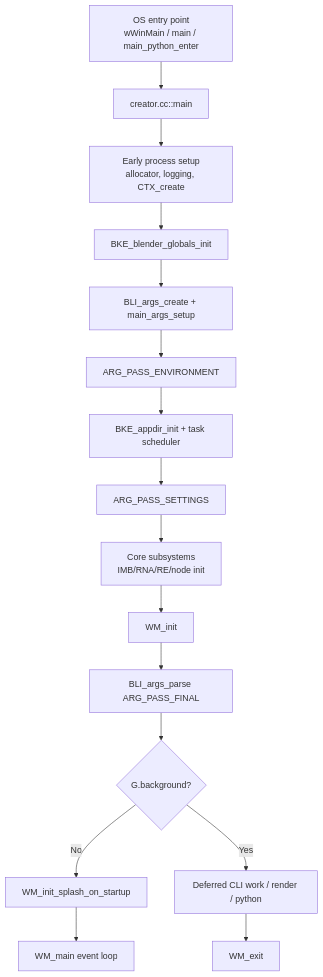
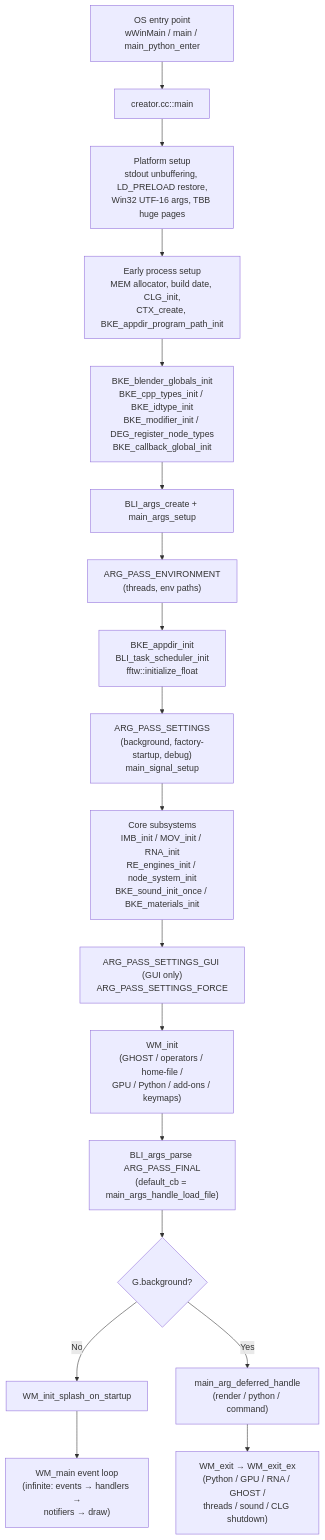
Before and after one commit to euclid-skyline/Blender_Internals_Notes: the second of 2 diagrams in Blender_Bootstrapping.md, drawn with Mermaid. The commit also changed other lines of this file, not shown here.

Commit message:
docs: update Blender bootstrapping documentation with expanded initialization steps and refined architectural overview.

````diff
--- a/Blender_Bootstrapping.md
+++ b/Blender_Bootstrapping.md
@@ -317,18 +323,21 @@
 ```mermaid
 flowchart TD
-    A[OS entry point<br/>wWinMain / main / main_python_enter] --> B[creator.cc::main]
-    B --> C[Early process setup<br/>allocator, logging, CTX_create]
-    C --> D[BKE_blender_globals_init]
-    D --> E[BLI_args_create + main_args_setup]
-    E --> F[ARG_PASS_ENVIRONMENT]
-    F --> G[BKE_appdir_init + task scheduler]
-    G --> H[ARG_PASS_SETTINGS]
-    H --> I[Core subsystems<br/>IMB/RNA/RE/node init]
-    I --> J[WM_init]
-    J --> K[BLI_args_parse ARG_PASS_FINAL]
-    K --> L{G.background?}
-    L -- No --> M[WM_init_splash_on_startup]
-    M --> N[WM_main event loop]
-    L -- Yes --> O[Deferred CLI work / render / python]
-    O --> P[WM_exit]
+    A["OS entry point<br/>wWinMain / main / main_python_enter"] --> B["creator.cc::main"
+]
+    B --> B0["Platform setup<br/>stdout unbuffering, LD_PRELOAD restore,<br/>Win32 UTF-16 args, TBB huge pages"]
+    B0 --> C["Early process setup<br/>MEM allocator, build date, CLG_init,<br/>CTX_create, BKE_appdir_program_path_init"]
+    C --> D["BKE_blender_globals_init<br/>BKE_cpp_types_init / BKE_idtype_init<br/>BKE_modifier_init / DEG_register_node_types<br/>BKE_callback_global_init"]
+    D --> E["BLI_args_create + main_args_setup"]
+    E --> F["ARG_PASS_ENVIRONMENT<br/>(threads, env paths)"]
+    F --> G["BKE_appdir_init<br/>BLI_task_scheduler_init<br/>fftw::initialize_float"]
+    G --> H["ARG_PASS_SETTINGS<br/>(background, factory-startup, debug)<br/>main_signal_setup"]
+    H --> I["Core subsystems<br/>IMB_init / MOV_init / RNA_init<br/>RE_engines_init / node_system_init<br/>BKE_sound_init_once / BKE_materials_init"]
+    I --> I2["ARG_PASS_SETTINGS_GUI (GUI only)<br/>ARG_PASS_SETTINGS_FORCE"]
+    I2 --> J["WM_init<br/>(GHOST / operators / home-file /<br/>GPU / Python / add-ons / keymaps)"]
+    J --> K["BLI_args_parse ARG_PASS_FINAL<br/>(default_cb = main_args_handle_load_file)"]
+    K --> L{"G.background?"}
+    L -- No --> M["WM_init_splash_on_startup"]
+    M --> N["WM_main event loop<br/>(infinite: events → handlers →<br/>notifiers → draw)"]
+    L -- Yes --> O["main_arg_deferred_handle<br/>(render / python / command)"]
+    O --> P["WM_exit → WM_exit_ex<br/>(Python / GPU / RNA / GHOST /<br/>threads / sound / CLG shutdown)"]
 ```
````
